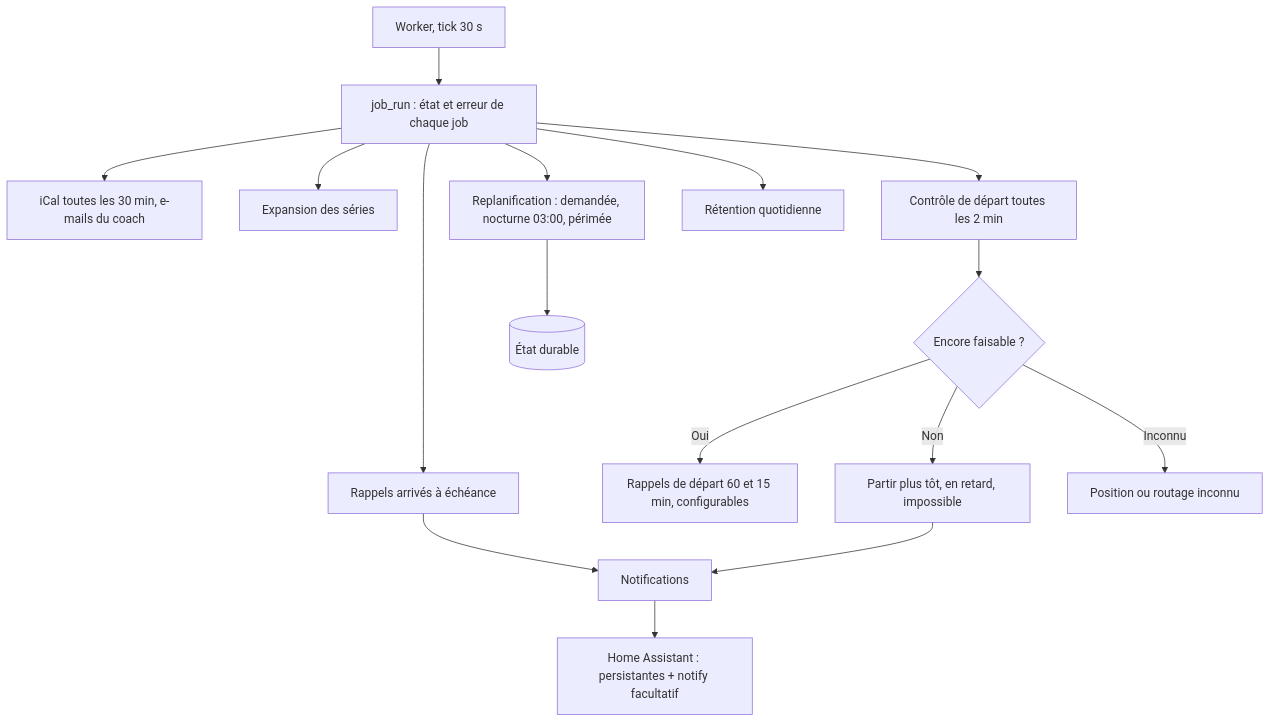
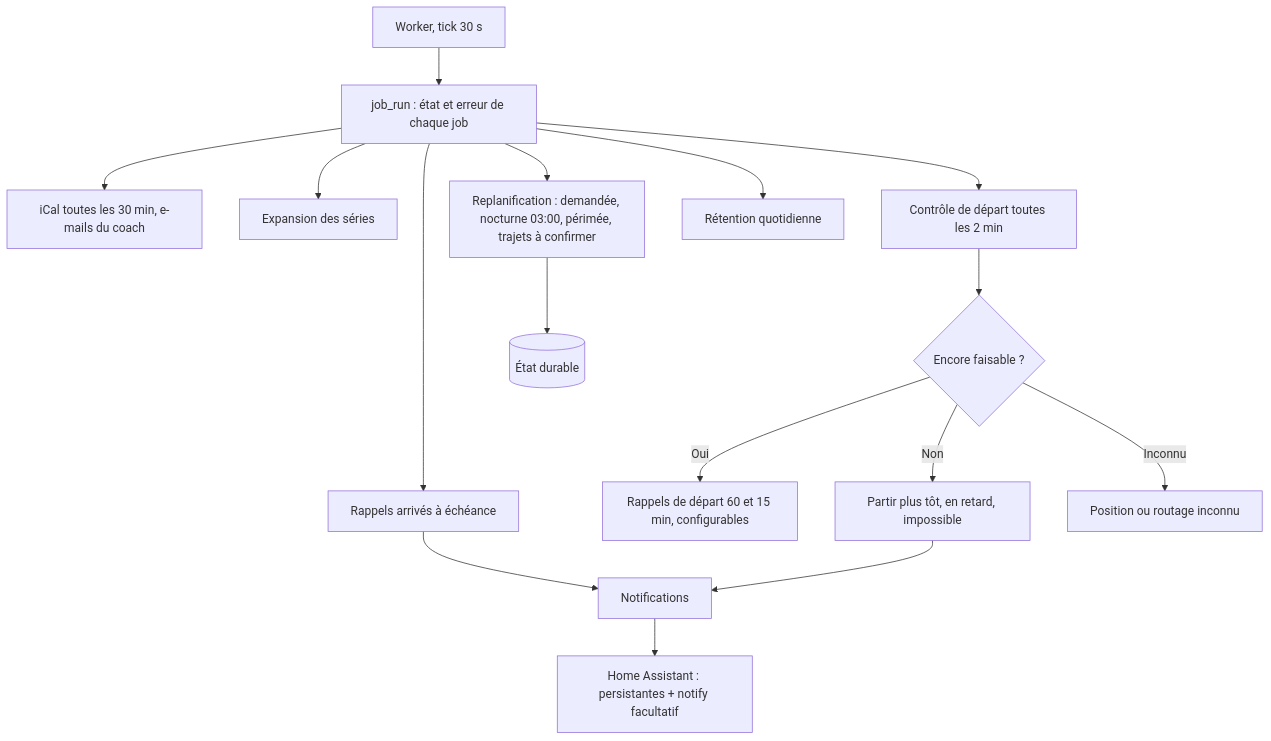
Diagram 12 of 13 in ARCHITECTURE.md (mtx26/Tempo), drawn with Mermaid before and after one commit. The commit also changed other lines of this file and 70 other files, not shown here.

````diff
--- a/ARCHITECTURE.md
+++ b/ARCHITECTURE.md
@@ -764,18 +851,18 @@
 ```mermaid
 flowchart TD
  W[Worker, tick 30 s] --> J[job_run : état et erreur de chaque job]
  J --> SYNC[iCal toutes les 30 min, e-mails du coach]
  J --> SER[Expansion des séries]
- J --> RP[Replanification : demandée, nocturne 03:00, périmée]
+ J --> RP[Replanification : demandée, nocturne 03:00, périmée, trajets à confirmer]
  J --> CHECK[Contrôle de départ toutes les 2 min]
  J --> REM[Rappels arrivés à échéance]
  J --> RET[Rétention quotidienne]
  CHECK --> STATUS{Encore faisable ?}
  STATUS -->|Oui| KEEP[Rappels de départ 60 et 15 min, configurables]
  STATUS -->|Non| ALERT[Partir plus tôt, en retard, impossible]
  STATUS -->|Inconnu| WARN[Position ou routage inconnu]
  RP --> DB[(État durable)]
  REM --> N[Notifications]
  ALERT --> N
  N --> HA[Home Assistant : persistantes + notify facultatif]
 ```
````
